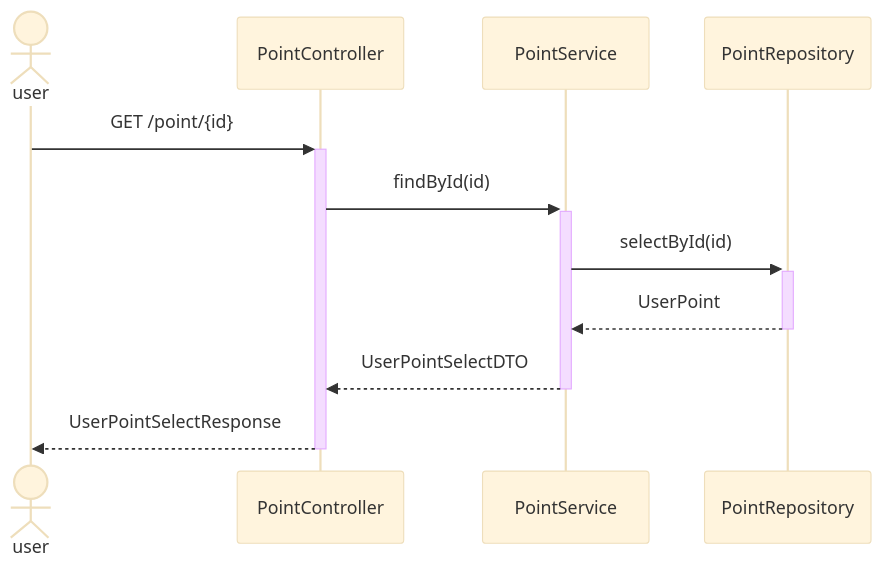
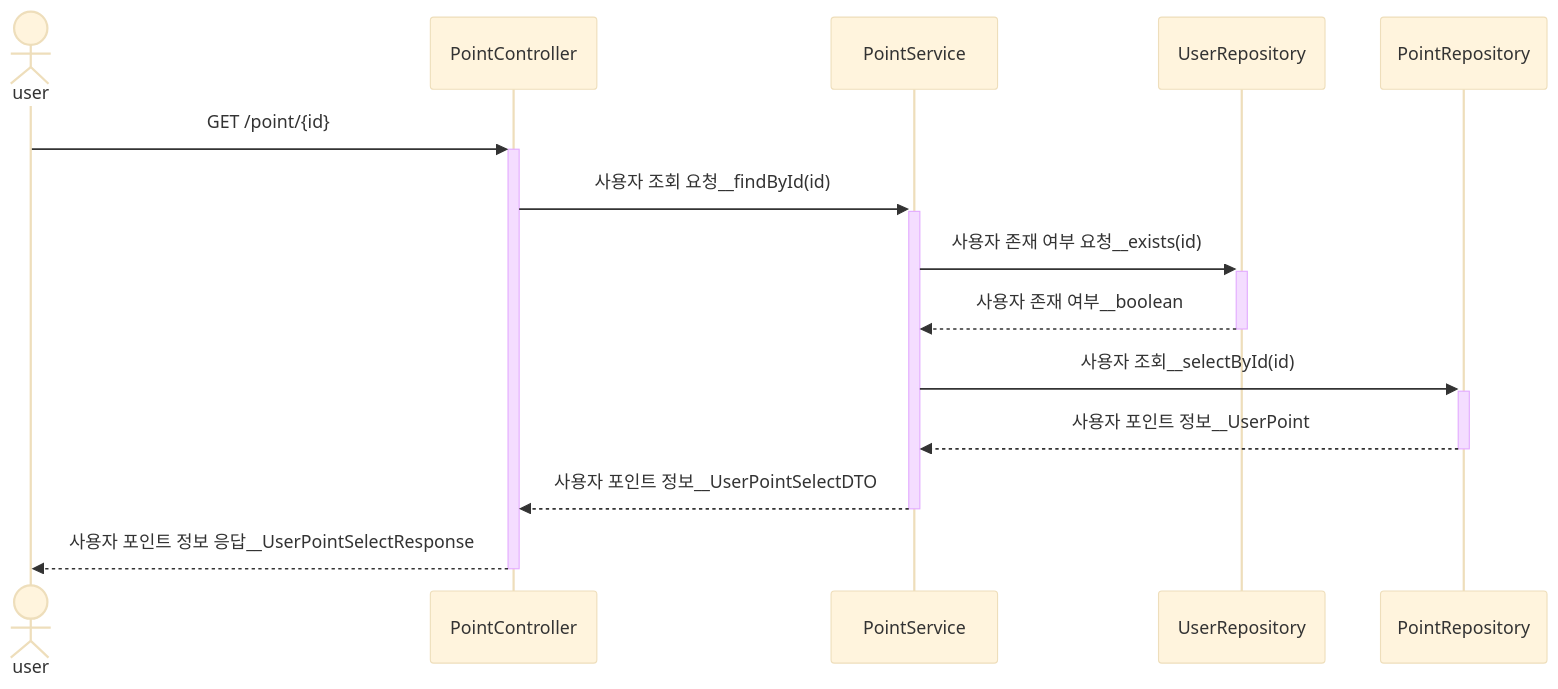
The first of 3 diagrams in documentation/특정_유저_포인트_조회_API.md (pbg0205/hhplus-tdd-java), drawn with Mermaid (base theme) before and after one commit. The commit also changed other lines of this file, not shown here.

Commit message:
docs: 유저 포인트 조회 API 행동 분석 실패 케이스 및 시퀀스 다이어그램 수정

````diff
--- a/documentation/특정_유저_포인트_조회_API.md
+++ b/documentation/특정_유저_포인트_조회_API.md
@@ -38,15 +41,17 @@
 ```mermaid
 sequenceDiagram
 actor user
-participant controller as PointController 
-participant service as PointService
-participant repository as PointRepository
+participant pointController as PointController 
+participant pointService as PointService
+participant userRepository as UserRepository
+participant pointRepository as PointRepository
 
-user ->>+ controller: GET /point/{id}
-controller ->>+ service: findById(id)
-service ->>+ repository: selectById(id)
-
-repository -->>- service: UserPoint
-service -->>- controller: UserPointSelectDTO
-controller -->>- user: UserPointSelectResponse
+user ->>+ pointController: GET /point/{id}
+pointController ->>+ pointService: 사용자 조회 요청__findById(id)
+pointService ->>+ userRepository: 사용자 존재 여부 요청__exists(id)
+userRepository -->>- pointService: 사용자 존재 여부__boolean
+pointService ->>+ pointRepository: 사용자 조회__selectById(id)
+pointRepository -->>- pointService: 사용자 포인트 정보__UserPoint
+pointService -->>- pointController: 사용자 포인트 정보__UserPointSelectDTO
+pointController -->>- user: 사용자 포인트 정보 응답__UserPointSelectResponse
 ```
````
